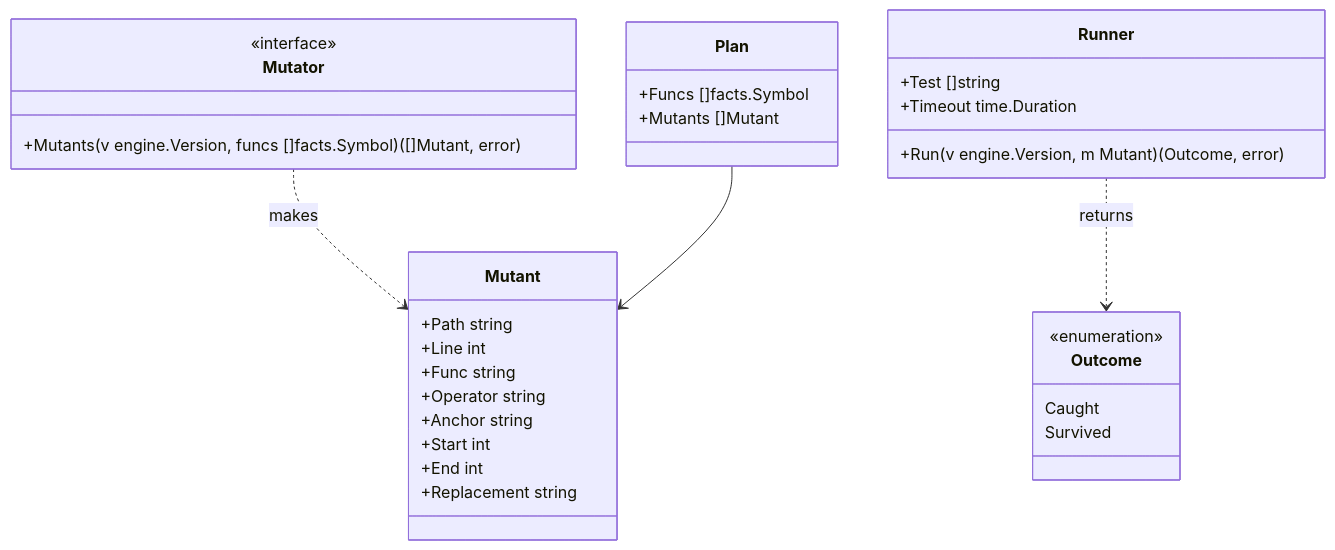
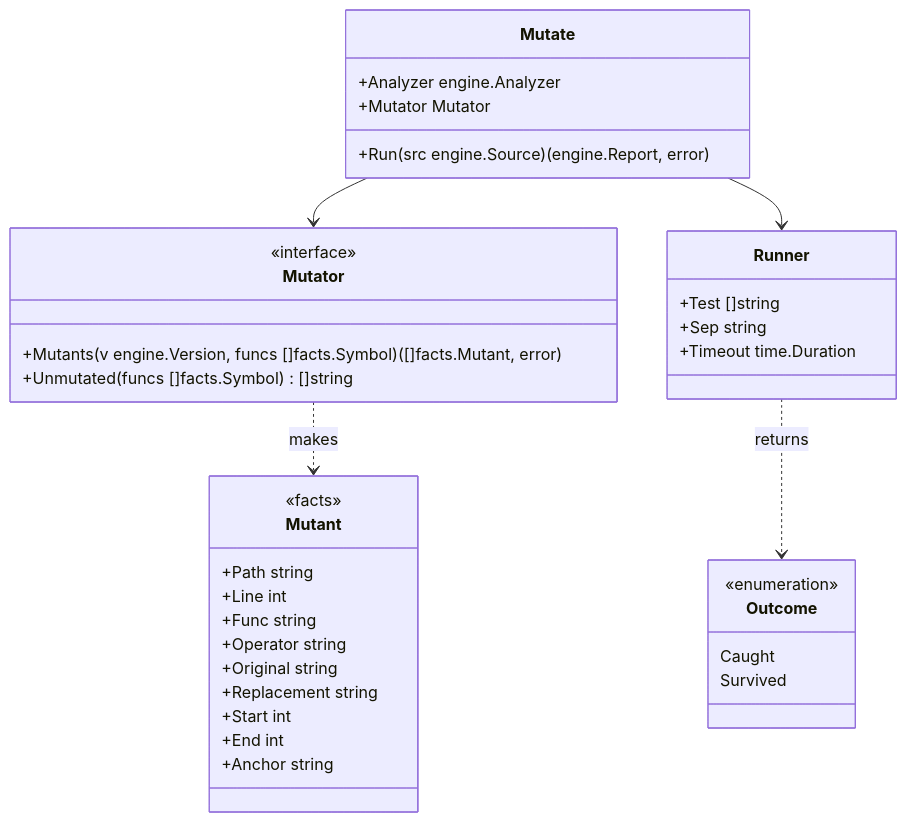
One commit to rerorets/hadome changed the second of 3 diagrams in docs/design/mutation.md. Above: the diagram before and after it, drawn with Mermaid. The commit also changed other lines of this file and 24 other files, not shown here.

````diff
--- a/docs/design/mutation.md
+++ b/docs/design/mutation.md
@@ -83,34 +83,39 @@
 ```mermaid
 classDiagram
   class Mutant {
+    <<facts>>
     +Path string
     +Line int
     +Func string
     +Operator string
-    +Anchor string
+    +Original string
+    +Replacement string
     +Start int
     +End int
-    +Replacement string
+    +Anchor string
   }
   class Mutator {
     <<interface>>
-    +Mutants(v engine.Version, funcs []facts.Symbol) ([]Mutant, error)
+    +Mutants(v engine.Version, funcs []facts.Symbol) ([]facts.Mutant, error)
+    +Unmutated(funcs []facts.Symbol) []string
   }
-  class Plan {
-    +Funcs []facts.Symbol
-    +Mutants []Mutant
+  class Mutate {
+    +Analyzer engine.Analyzer
+    +Mutator Mutator
+    +Run(src engine.Source) (engine.Report, error)
   }
   class Runner {
     +Test []string
+    +Sep string
     +Timeout time.Duration
-    +Run(v engine.Version, m Mutant) (Outcome, error)
   }
   class Outcome {
     <<enumeration>>
     Caught
     Survived
   }
   Mutator ..> Mutant : makes
-  Plan --> Mutant
+  Mutate --> Mutator
+  Mutate --> Runner
   Runner ..> Outcome : returns
 ```
````
